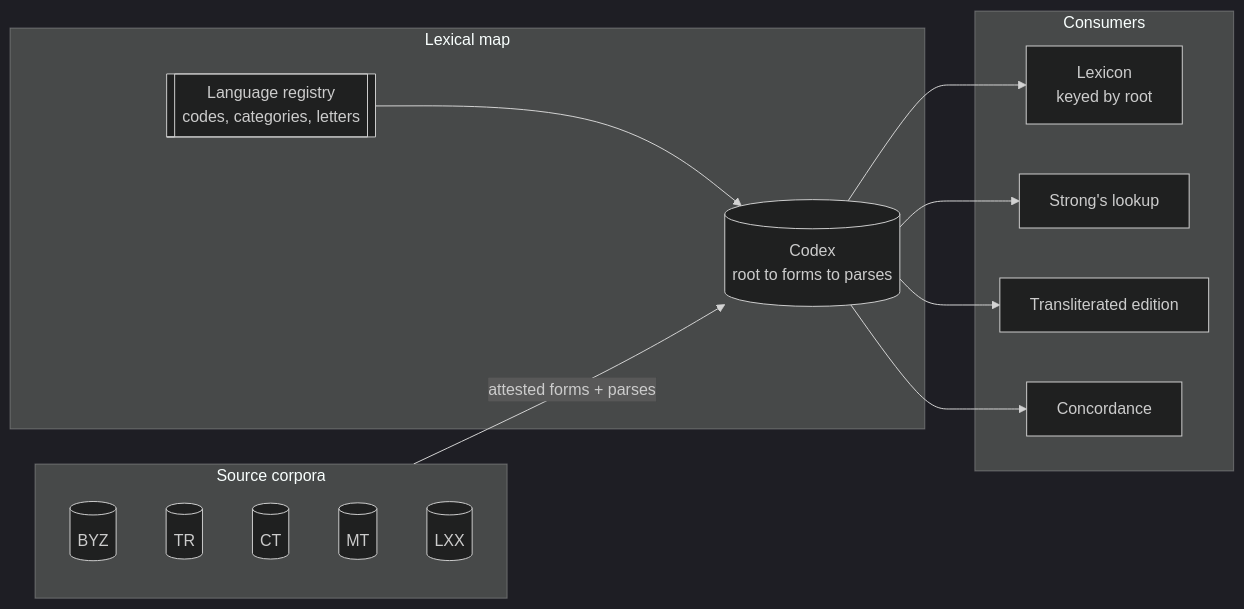
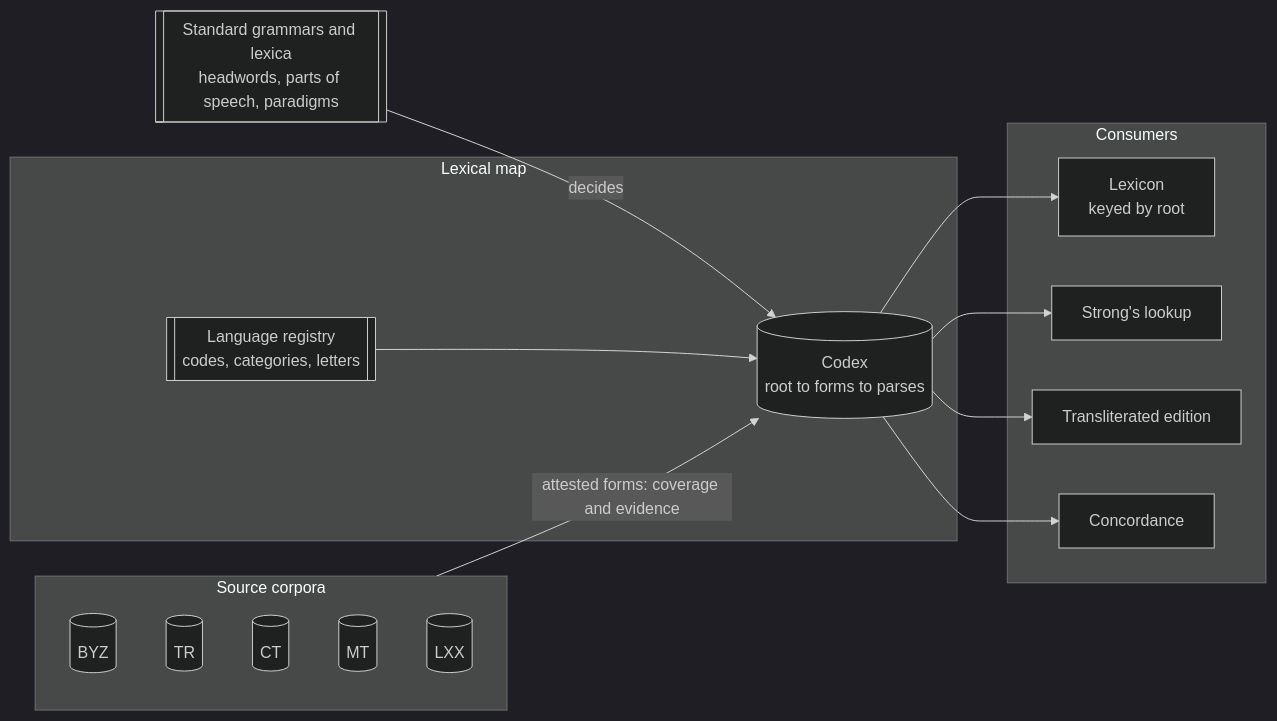
One commit to LegendaryMediaTV/EGP-Graphai changed the first of 2 diagrams in _specs/documentation/EGP-Graphai/lexical-map.md. Above: the diagram before and after it, drawn with Mermaid. The commit also changed other lines of this file and 349 other files, not shown here.

````diff
--- a/_specs/documentation/EGP-Graphai/lexical-map.md
+++ b/_specs/documentation/EGP-Graphai/lexical-map.md
@@ -29,30 +41,33 @@
 ```mermaid
 %%{init: {'theme': 'dark'}}%%
 flowchart LR
     subgraph Sources[Source corpora]
         BYZ[(BYZ)]
         TR[(TR)]
         CT[(CT)]
         MT[(MT)]
         LXX[(LXX)]
     end
 
     subgraph Map[Lexical map]
         Registry[["Language registry<br/>codes, categories, letters"]]
         Codex[("Codex<br/>root to forms to parses")]
     end
 
     subgraph Out[Consumers]
         Lex["Lexicon<br/>keyed by root"]
         Strongs["Strong's lookup"]
         Trans[Transliterated edition]
         Conc[Concordance]
     end
 
-    Sources -->|attested forms + parses| Codex
+    Standard[["Standard grammars and lexica<br/>headwords, parts of speech, paradigms"]]
+
+    Standard -->|decides| Codex
+    Sources -->|attested forms: coverage and evidence| Codex
     Registry --> Codex
     Codex --> Lex
     Codex --> Strongs
     Codex --> Trans
     Codex --> Conc
 ```
````
